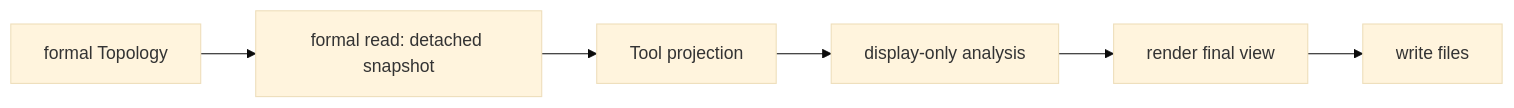
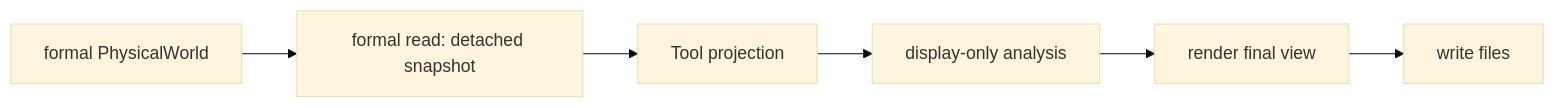
Before and after one commit to seed-labs/skyseed: the diagram in skyseed_v2/tools/zone/README.md, drawn with Mermaid (base theme). The commit also changed other lines of this file and 256 other files, not shown here.

Commit message:
refactor: complete network planner architecture cutover

````diff
--- a/skyseed_v2/tools/zone/README.md
+++ b/skyseed_v2/tools/zone/README.md
@@ -5,8 +5,8 @@
 ```mermaid
 flowchart LR
-    T["formal Topology"] --> R["formal read: detached snapshot"]
+    T["formal PhysicalWorld"] --> R["formal read: detached snapshot"]
     R --> P["Tool projection"]
     P --> A["display-only analysis"]
     A --> U["render final view"]
     U --> W["write files"]
 ```
````
